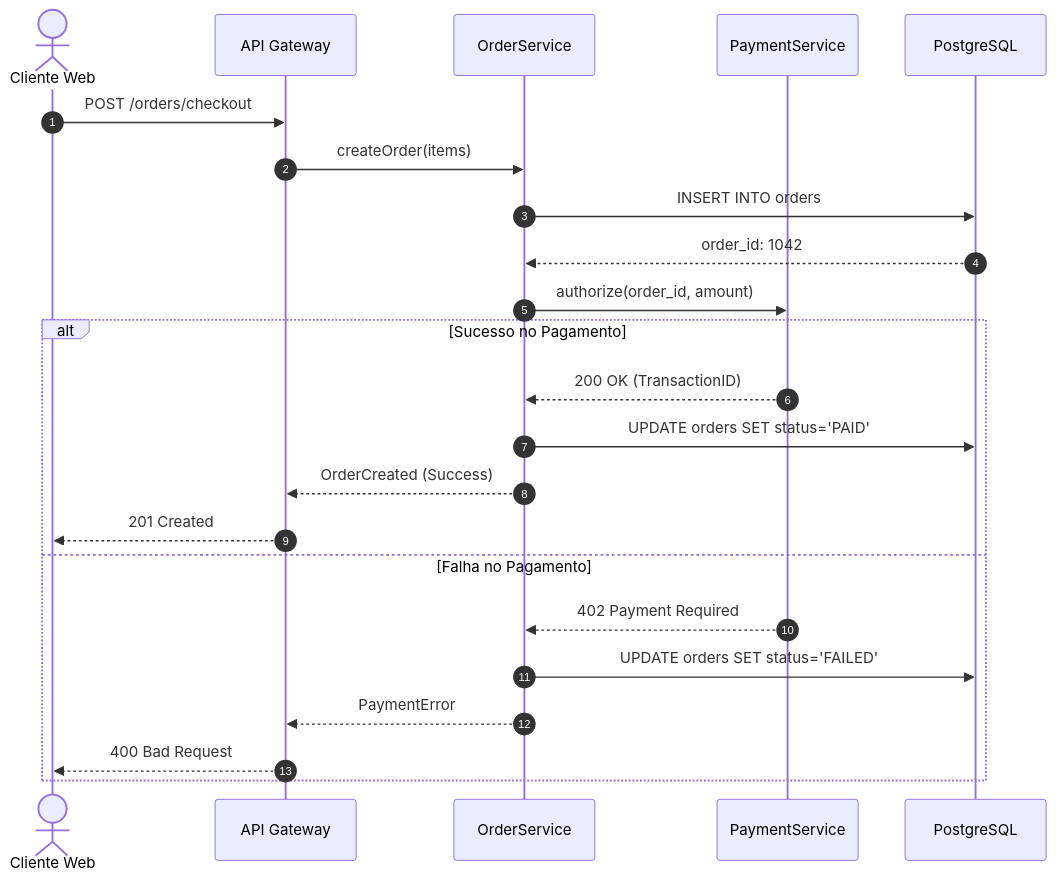
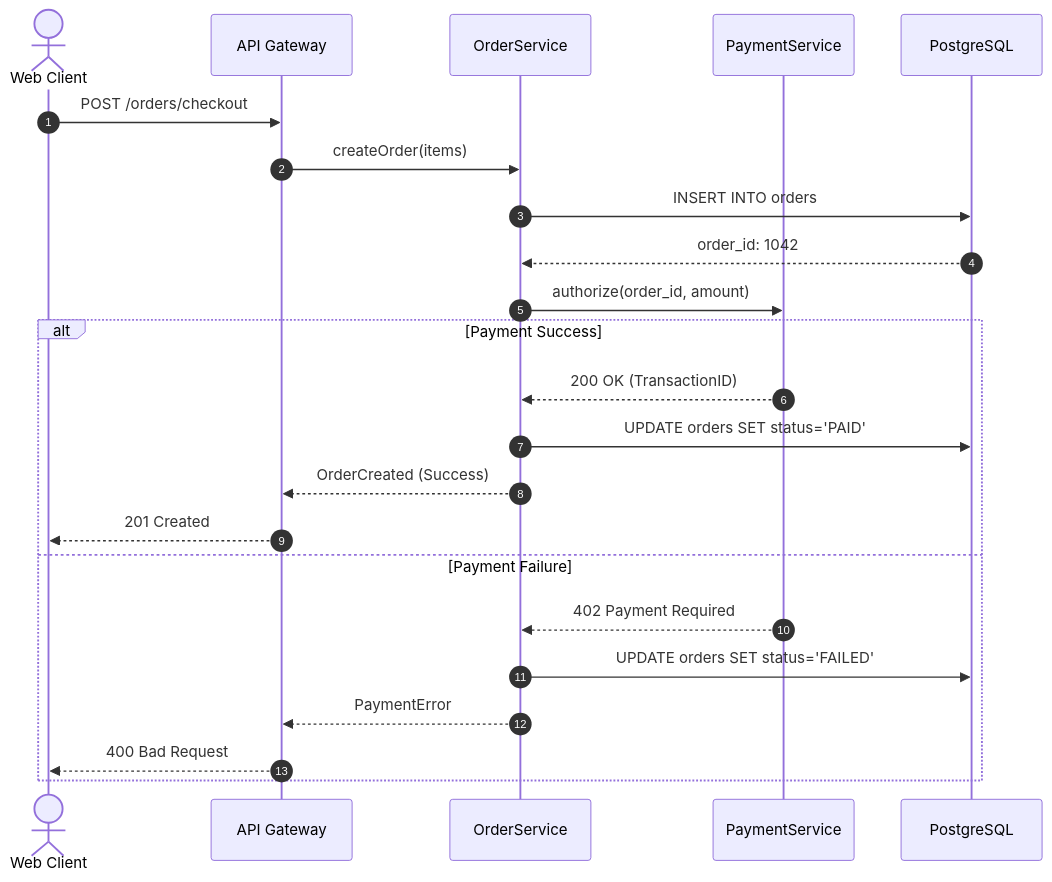
One commit to dandgabr/Coacus changed the third of 3 diagrams in knowledge/skills/mapping/uml-diagram-generation/SKILL.md. Above: the diagram before and after it, drawn with Mermaid. The commit also changed other lines of this file and 143 other files, not shown here.

````diff
--- a/knowledge/skills/mapping/uml-diagram-generation/SKILL.md
+++ b/knowledge/skills/mapping/uml-diagram-generation/SKILL.md
@@ -115,26 +115,26 @@
 ```mermaid
 sequenceDiagram
     autonumber
-    actor User as Cliente Web
+    actor User as Web Client
     participant GW as API Gateway
     participant Order as OrderService
     participant Pay as PaymentService
     participant DB as PostgreSQL
 
     User->>GW: POST /orders/checkout
     GW->>Order: createOrder(items)
     Order->>DB: INSERT INTO orders
     DB-->>Order: order_id: 1042
     Order->>Pay: authorize(order_id, amount)
-    alt Sucesso no Pagamento
+    alt Payment Success
         Pay-->>Order: 200 OK (TransactionID)
         Order->>DB: UPDATE orders SET status='PAID'
         Order-->>GW: OrderCreated (Success)
         GW-->>User: 201 Created
-    else Falha no Pagamento
+    else Payment Failure
         Pay-->>Order: 402 Payment Required
         Order->>DB: UPDATE orders SET status='FAILED'
         Order-->>GW: PaymentError
         GW-->>User: 400 Bad Request
     end
 ```
````
